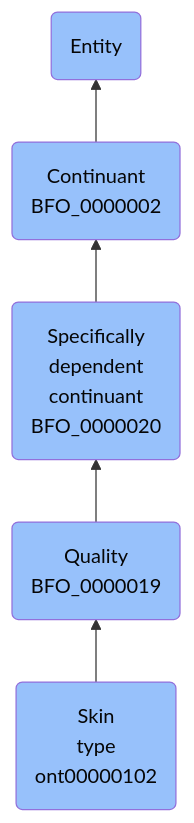
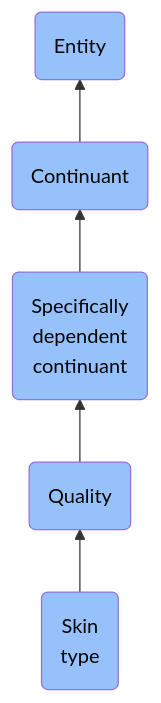
The diagram in docs/ontology/reference/model/Entity/Continuant/Specifically dependent continuant/Quality/Skin type/Skin type.md (jupyter-naas/abi), drawn with Mermaid before and after one commit. The commit also changed other lines of this file and 1430 other files, not shown here.

````diff
--- a/docs/ontology/reference/model/Entity/Continuant/Specifically dependent continuant/Quality/Skin type/Skin type.md
+++ b/docs/ontology/reference/model/Entity/Continuant/Specifically dependent continuant/Quality/Skin type/Skin type.md
@@ -24,12 +24,12 @@
 ```mermaid
 graph BT
-    ont00000102(Skin<br>type<br>ont00000102):::BFO-->BFO_0000019
-    BFO_0000019(Quality<br>BFO_0000019):::BFO-->BFO_0000020
-    BFO_0000020(Specifically<br>dependent<br>continuant<br>BFO_0000020):::BFO-->BFO_0000002
-    BFO_0000002(Continuant<br>BFO_0000002):::BFO-->BFO_0000001
+    ont00000102(Skin<br>type):::BFO-->BFO_0000019
+    BFO_0000019(Quality):::BFO-->BFO_0000020
+    BFO_0000020(Specifically<br>dependent<br>continuant):::BFO-->BFO_0000002
+    BFO_0000002(Continuant):::BFO-->BFO_0000001
     BFO_0000001(Entity):::BFO
     
     classDef BFO fill:#97c1fb,color:#060606
     classDef CCO fill:#e4c51e,color:#060606
     classDef ABI fill:#48DD82,color:#060606
 ```
````
